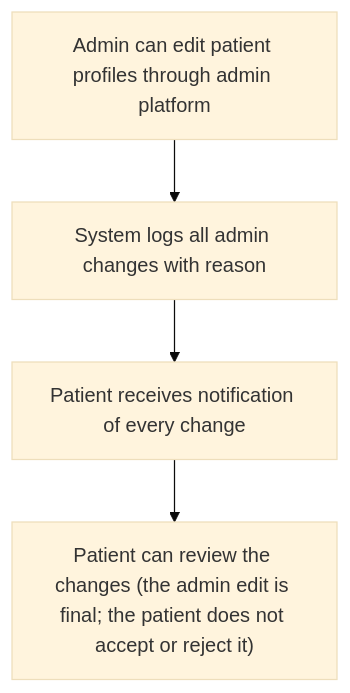
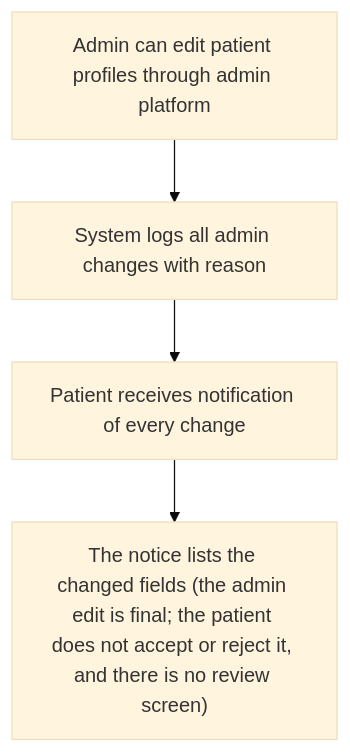
Diagram 15 of 15 in project-requirements/functional-requirements/fr001-patient-authentication/prd.md (joachimtrungtuan/hairline-pm-docs), drawn with Mermaid (base theme) before and after one commit. The commit also changed other lines of this file and 6 other files, not shown here.

Commit message:
docs(fr001): apply logic review pass 1 fixes to PRD and graph

````diff
--- a/project-requirements/functional-requirements/fr001-patient-authentication/prd.md
+++ b/project-requirements/functional-requirements/fr001-patient-authentication/prd.md
@@ -299,6 +322,6 @@
 ```mermaid
 flowchart TD
   W4D1_1["Admin can edit patient profiles through admin platform"] --> W4D1_2["System logs all admin changes with reason"]
   W4D1_2 --> W4D1_3["Patient receives notification of every change"]
-  W4D1_3 --> W4D1_4["Patient can review the changes (the admin edit is final; the patient does not accept or reject it)"]
+  W4D1_3 --> W4D1_4["The notice lists the changed fields (the admin edit is final; the patient does not accept or reject it, and there is no review screen)"]
 ```
````
